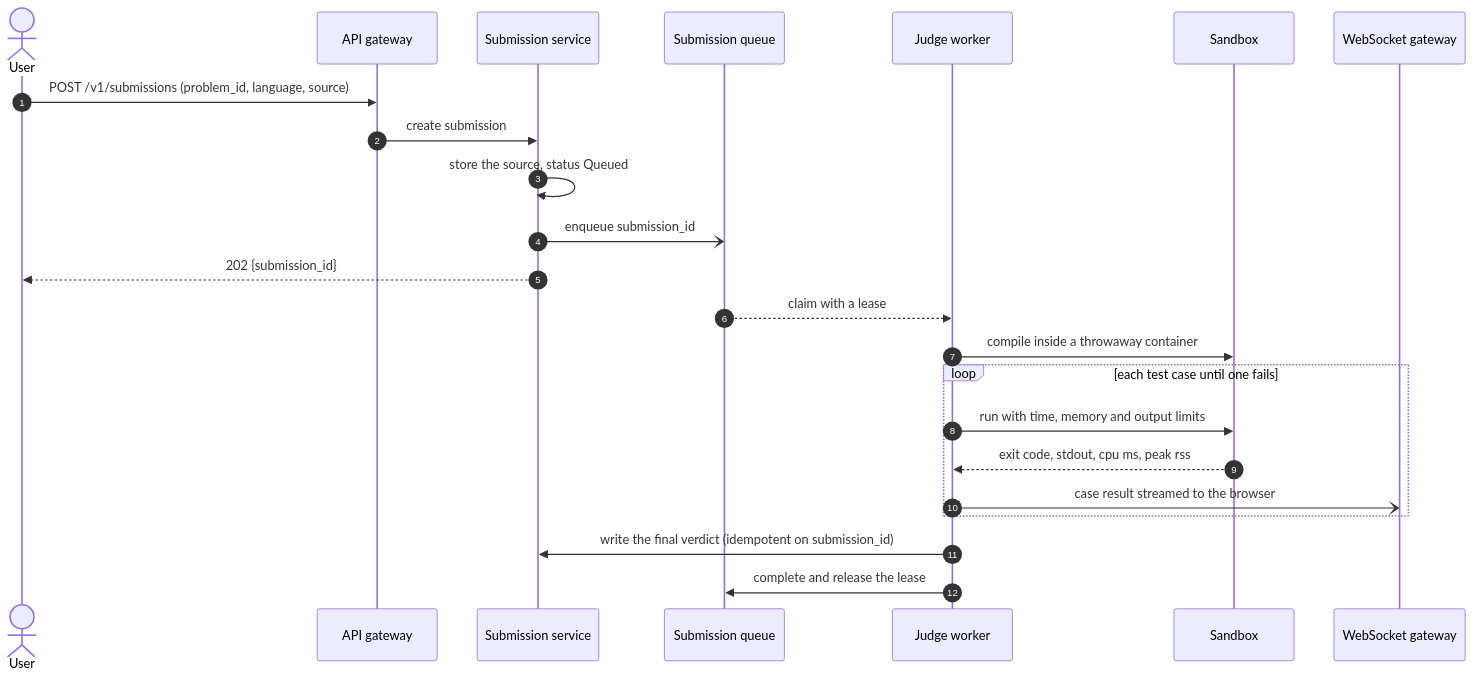
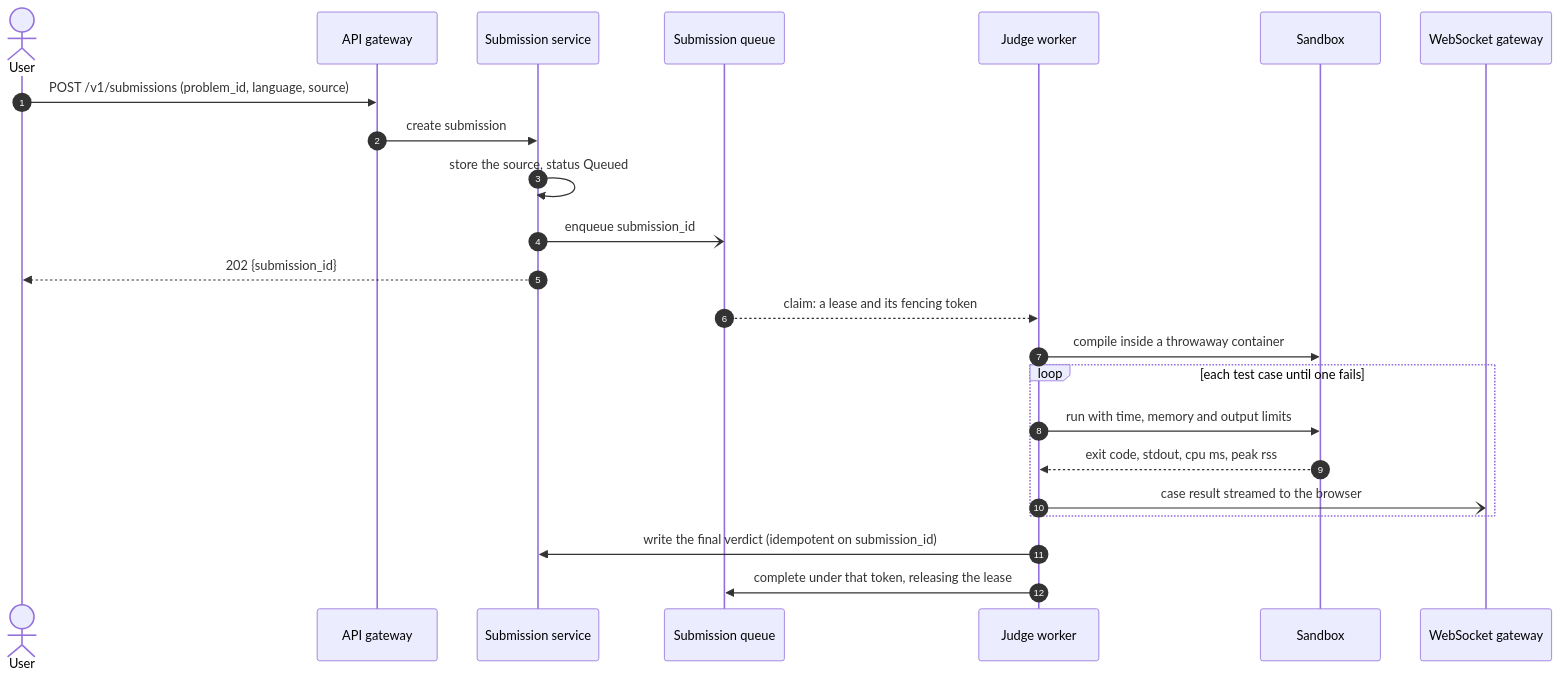
The fourth of 6 diagrams in docs/hld/case-studies/online-judge.md (param087/hld-lld-interview-handbook), drawn with Mermaid before and after one commit. The commit also changed other lines of this file and 4 other files, not shown here.

````diff
--- a/docs/hld/case-studies/online-judge.md
+++ b/docs/hld/case-studies/online-judge.md
@@ -214,25 +214,25 @@
 ```mermaid
 sequenceDiagram
     autonumber
     actor U as User
     participant API as API gateway
     participant SS as Submission service
     participant Q as Submission queue
     participant W as Judge worker
     participant SB as Sandbox
     participant WS as WebSocket gateway
     U->>API: POST /v1/submissions (problem_id, language, source)
     API->>SS: create submission
     SS->>SS: store the source, status Queued
     SS-)Q: enqueue submission_id
     SS-->>U: 202 {submission_id}
-    Q-->>W: claim with a lease
+    Q-->>W: claim: a lease and its fencing token
     W->>SB: compile inside a throwaway container
     loop each test case until one fails
         W->>SB: run with time, memory and output limits
         SB-->>W: exit code, stdout, cpu ms, peak rss
         W-)WS: case result streamed to the browser
     end
     W->>SS: write the final verdict (idempotent on submission_id)
-    W->>Q: complete and release the lease
+    W->>Q: complete under that token, releasing the lease
 ```
````
